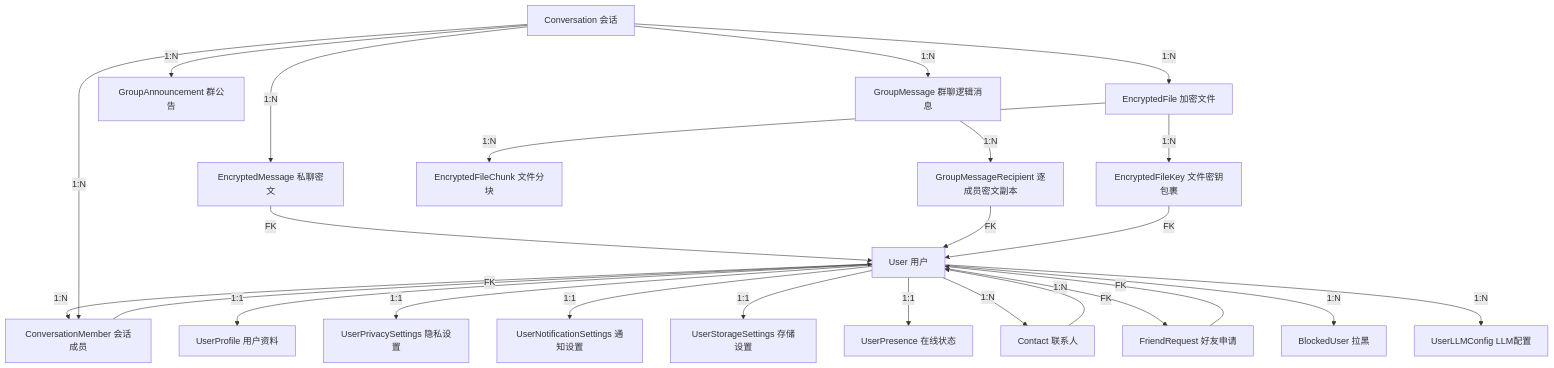
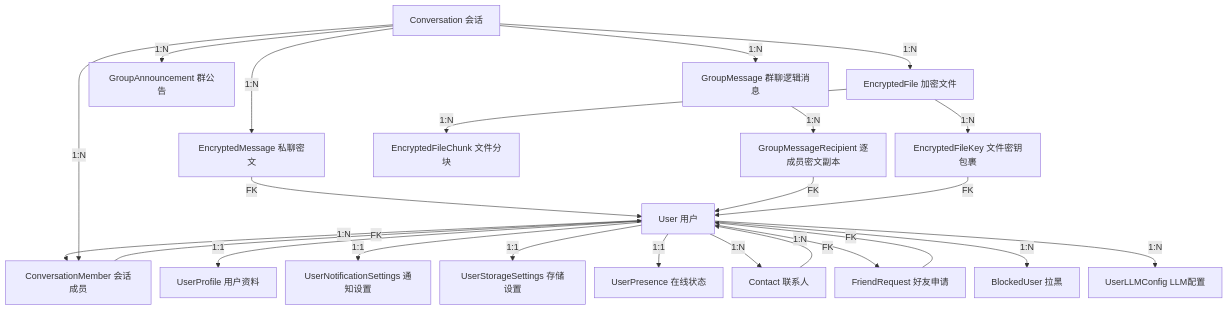
Before and after one commit to HeanX/iChat_Pro: the second of 9 diagrams in docs/iChat Pro UML 与架构图交付文档.md, drawn with Mermaid.

Commit message:
fix: remove UserPrivacySettings, increase rendering height via rankSpacing
- Drop UserPrivacySettings from ER diagram
- Add nodeSpacing and rankSpacing to Mermaid init for taller layout

````diff
--- a/docs/iChat Pro UML 与架构图交付文档.md
+++ b/docs/iChat Pro UML 与架构图交付文档.md
@@ -71,35 +71,34 @@
 ```mermaid
-%%{init: {'flowchart': {'useMaxWidth': false}}}%%
+%%{init: {'flowchart': {'useMaxWidth': false, 'nodeSpacing': 16, 'rankSpacing': 24}}}%%
 flowchart TD
     User[User 用户]
 
     User -->|"1:1"| UP[UserProfile 用户资料]
-    User -->|"1:1"| UPS[UserPrivacySettings 隐私设置]
     User -->|"1:1"| UNS[UserNotificationSettings 通知设置]
     User -->|"1:1"| USS[UserStorageSettings 存储设置]
     User -->|"1:1"| UPr[UserPresence 在线状态]
 
     User -->|"1:N"| CT[Contact 联系人]
     User -->|"1:N"| FR[FriendRequest 好友申请]
     User -->|"1:N"| BU[BlockedUser 拉黑]
     User -->|"1:N"| LLC[UserLLMConfig LLM配置]
 
     User -->|"1:N"| CM[ConversationMember 会话成员]
 
     Conv[Conversation 会话] -->|"1:N"| CM
     Conv -->|"1:N"| EM[EncryptedMessage 私聊密文]
     Conv -->|"1:N"| GM[GroupMessage 群聊逻辑消息]
     Conv -->|"1:N"| GA[GroupAnnouncement 群公告]
     Conv -->|"1:N"| EF[EncryptedFile 加密文件]
 
     GM -->|"1:N"| GMR[GroupMessageRecipient 逐成员密文副本]
     EF -->|"1:N"| EFC[EncryptedFileChunk 文件分块]
     EF -->|"1:N"| EFK[EncryptedFileKey 文件密钥包裹]
 
     EM -->|"FK"| User
     GMR -->|"FK"| User
     CM -->|"FK"| User
     FR -->|"FK"| User
     CT -->|"FK"| User
     EFK -->|"FK"| User
 ```
````
